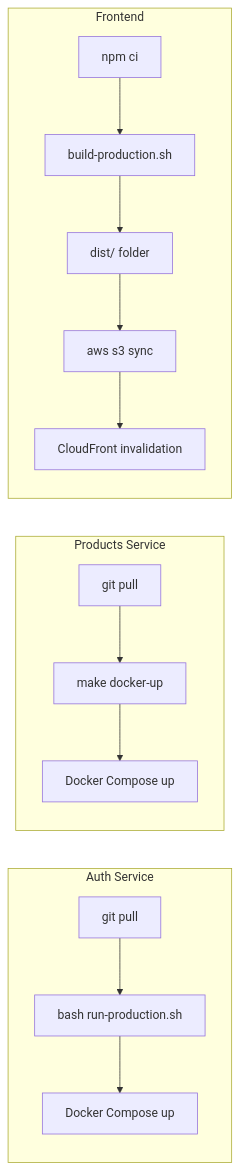
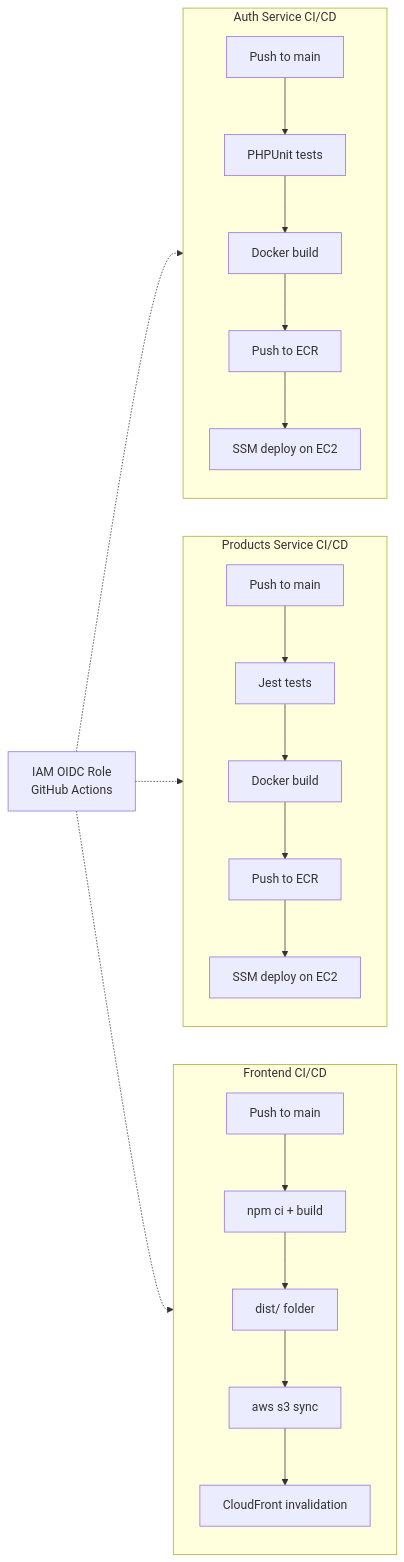
Before and after one commit to WaelAlQawasmi/ecommerce-frontend: diagram 16 of 17 in docs/diagrams.md, drawn with Mermaid. The commit also changed other lines of this file and 7 other files, not shown here.

Commit message:
Update production API URLs to use Application Load Balancer (ALB) and enhance documentation. Replace hardcoded IP addresses with placeholders in .env.production.example, README, and other documentation files to reflect the new architecture with VPC, ALB, and improved security measures.

````diff
--- a/docs/diagrams.md
+++ b/docs/diagrams.md
@@ -722,25 +739,34 @@
 ```mermaid
 flowchart LR
-    subgraph AuthDeploy["Auth Service"]
-        A1[git pull]
-        A2[bash run-production.sh]
-        A3[Docker Compose up]
-        A1 --> A2 --> A3
+    subgraph AuthDeploy["Auth Service CI/CD"]
+        A1[Push to main]
+        A2[PHPUnit tests]
+        A3[Docker build]
+        A4[Push to ECR]
+        A5[SSM deploy on EC2]
+        A1 --> A2 --> A3 --> A4 --> A5
     end
 
-    subgraph ProdDeploy["Products Service"]
-        P1[git pull]
-        P2[make docker-up]
-        P3[Docker Compose up]
-        P1 --> P2 --> P3
+    subgraph ProdDeploy["Products Service CI/CD"]
+        P1[Push to main]
+        P2[Jest tests]
+        P3[Docker build]
+        P4[Push to ECR]
+        P5[SSM deploy on EC2]
+        P1 --> P2 --> P3 --> P4 --> P5
     end
 
-    subgraph FrontDeploy["Frontend"]
-        F1[npm ci]
-        F2[build-production.sh]
+    subgraph FrontDeploy["Frontend CI/CD"]
+        F1[Push to main]
+        F2[npm ci + build]
         F3[dist/ folder]
         F4[aws s3 sync]
         F5[CloudFront invalidation]
         F1 --> F2 --> F3 --> F4 --> F5
     end
+
+    OIDC[IAM OIDC Role\nGitHub Actions]
+    OIDC -.-> AuthDeploy
+    OIDC -.-> ProdDeploy
+    OIDC -.-> FrontDeploy
 ```
````
